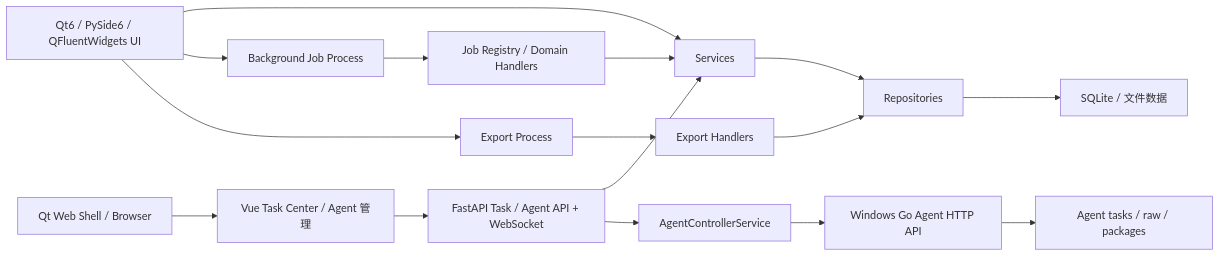
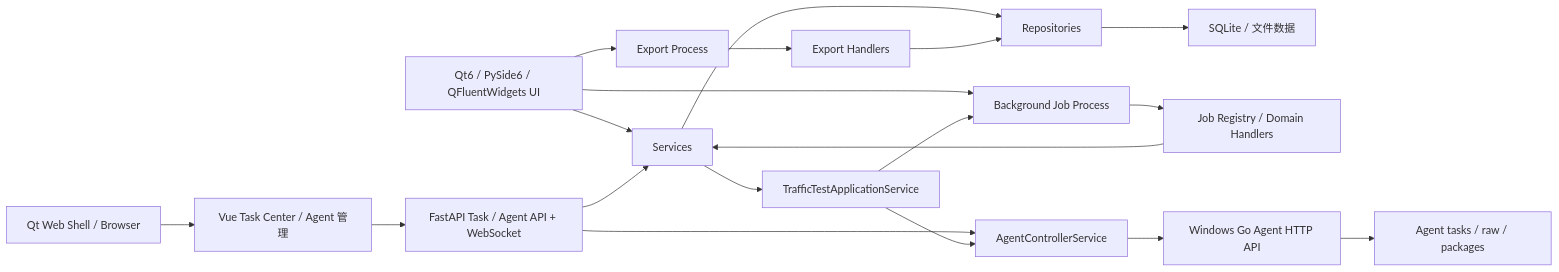
The diagram in README.md (wxj183589/NetConsole), drawn with Mermaid before and after one commit. The commit also changed other lines of this file and 38 other files, not shown here.

````diff
--- a/README.md
+++ b/README.md
@@ -38,18 +38,21 @@
 ```mermaid
 flowchart LR
     UI["Qt6 / PySide6 / QFluentWidgets UI"] --> SVC["Services"]
     WS["Qt Web Shell / Browser"] --> VUE["Vue Task Center / Agent 管理"]
     VUE --> API["FastAPI Task / Agent API + WebSocket"]
     API --> SVC
     SVC --> REPO["Repositories"]
     REPO --> DB["SQLite / 文件数据"]
     UI --> JOB["Background Job Process"]
     UI --> EXP["Export Process"]
     JOB --> REG["Job Registry / Domain Handlers"]
     EXP --> WRITER["Export Handlers"]
     REG --> SVC
     WRITER --> REPO
     API --> CTRL["AgentControllerService"]
     CTRL --> AGENT["Windows Go Agent HTTP API"]
     AGENT --> AGENTDATA["Agent tasks / raw / packages"]
+    SVC --> TRAFFIC["TrafficTestApplicationService"]
+    TRAFFIC --> JOB
+    TRAFFIC --> CTRL
 ```
````
